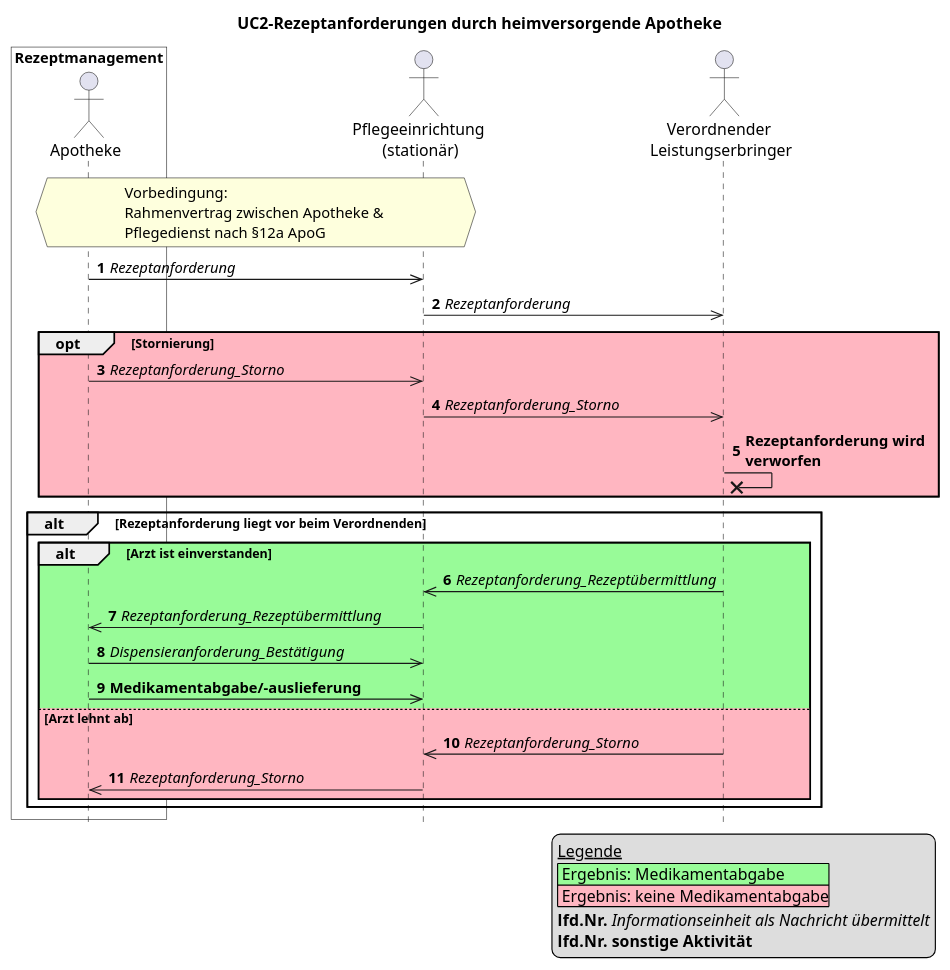
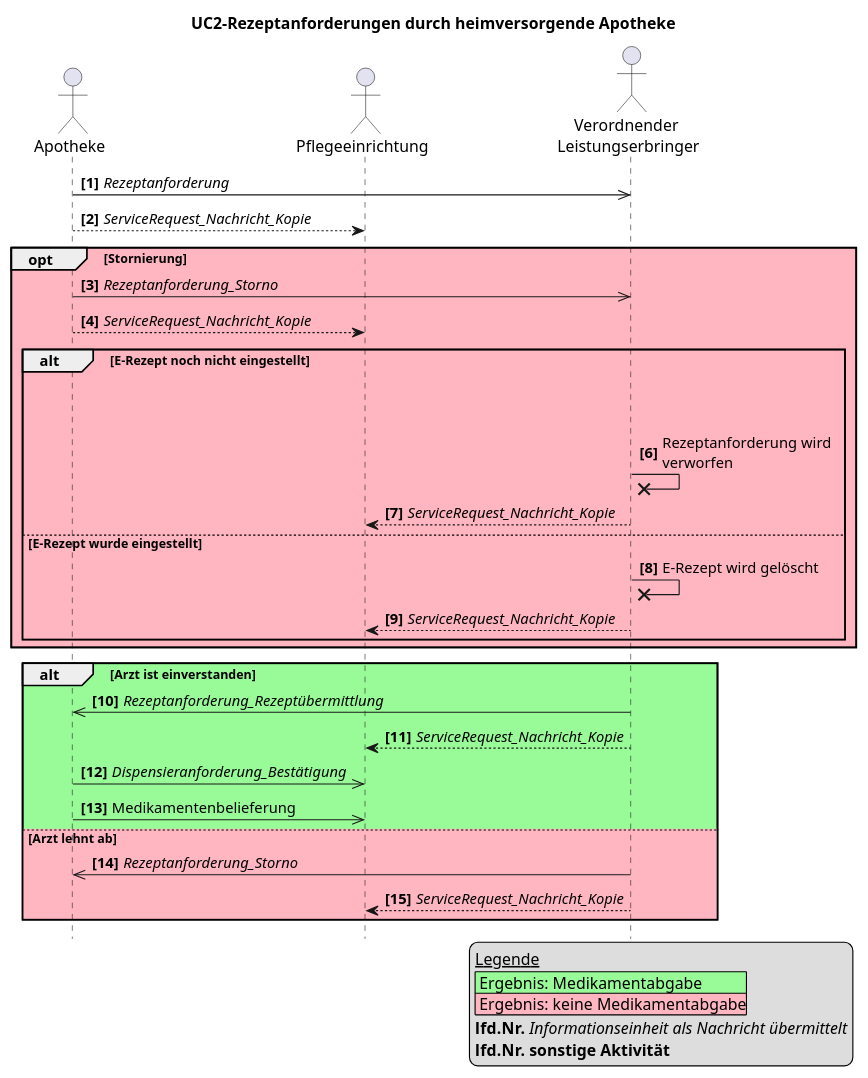
The diagram in Resources/puml/gemF_eRp_KIM/UC2-rezeptanforderung-apotheke.puml (gematik/spec-E-Rezept-ServiceRequest), drawn with PlantUML before and after one commit.

Commit message:
set uc 3 puml

```diff
--- a/Resources/puml/gemF_eRp_KIM/UC2-rezeptanforderung-apotheke.puml
+++ b/Resources/puml/gemF_eRp_KIM/UC2-rezeptanforderung-apotheke.puml
@@ -1,53 +1,51 @@
 @startuml name = "UC2-Rezeptanforderung-Apotheke"
 
 
 skinparam maxMessageSize 200
 
-box "Rezeptmanagement" #White
-    actor Apotheke
-end box
-actor "Pflegeeinrichtung \n(stationär)" as Pflegeeinrichtung
+actor Apotheke
+actor "Pflegeeinrichtung" as Pflegeeinrichtung
 actor "Verordnender \nLeistungserbringer" as Arztpraxis
 
 title UC2-Rezeptanforderungen durch heimversorgende Apotheke
 hide footbox
-autonumber
+autonumber "<b>[0]"
 
 legend bottom right
     __Legende__
     |<#PaleGreen> Ergebnis: Medikamentabgabe|
     |<#LightPink> Ergebnis: keine Medikamentabgabe|
     **lfd.Nr.** //Informationseinheit als Nachricht übermittelt//
     **lfd.Nr.** **sonstige Aktivität**
 endlegend
 
-hnote over Apotheke, Pflegeeinrichtung
-    Vorbedingung:
-    Rahmenvertrag zwischen Apotheke & 
-    Pflegedienst nach §12a ApoG
-end hnote
-
-Apotheke ->> Pflegeeinrichtung: //Rezeptanforderung//
-Pflegeeinrichtung ->> Arztpraxis: //Rezeptanforderung//
+Apotheke ->> Arztpraxis: //Rezeptanforderung//
+Apotheke --> Pflegeeinrichtung: //ServiceRequest_Nachricht_Kopie//
 
 opt #LightPink Stornierung
-    Apotheke ->> Pflegeeinrichtung: //Rezeptanforderung_Storno//
-    Pflegeeinrichtung ->> Arztpraxis: //Rezeptanforderung_Storno//
-
-    Arztpraxis ->x Arztpraxis: **Rezeptanforderung wird verworfen**
-end
-
-alt Rezeptanforderung liegt vor beim Verordnenden
-    alt #PaleGreen Arzt ist einverstanden 
-        Arztpraxis ->> Pflegeeinrichtung: //Rezeptanforderung_Rezeptübermittlung//
-        Pflegeeinrichtung ->> Apotheke: //Rezeptanforderung_Rezeptübermittlung//
-        Apotheke ->> Pflegeeinrichtung: //Dispensieranforderung_Bestätigung//
-        Apotheke ->> Pflegeeinrichtung: **Medikamentabgabe/-auslieferung**
-
-    else #LightPink Arzt lehnt ab
-        Arztpraxis ->> Pflegeeinrichtung: //Rezeptanforderung_Storno//
-        Pflegeeinrichtung ->> Apotheke: //Rezeptanforderung_Storno//
+    Apotheke ->> Arztpraxis: //Rezeptanforderung_Storno//
+    Apotheke --> Pflegeeinrichtung: //ServiceRequest_Nachricht_Kopie//
+    alt #LightPink E-Rezept noch nicht eingestellt
+    Apotheke -[hidden]-> Arztpraxis: Rezeptanforderung wird verworfen
+        Arztpraxis ->x Arztpraxis: Rezeptanforderung wird verworfen
+        Arztpraxis --> Pflegeeinrichtung: //ServiceRequest_Nachricht_Kopie//
+    else #LightPink E-Rezept wurde eingestellt
+        Arztpraxis ->x Arztpraxis: E-Rezept wird gelöscht
+        Arztpraxis --> Pflegeeinrichtung: //ServiceRequest_Nachricht_Kopie//
     end
 end
 
+
+alt #PaleGreen Arzt ist einverstanden 
+    Arztpraxis ->> Apotheke: //Rezeptanforderung_Rezeptübermittlung//
+    Arztpraxis --> Pflegeeinrichtung: //ServiceRequest_Nachricht_Kopie//
+    Apotheke ->> Pflegeeinrichtung: //Dispensieranforderung_Bestätigung//
+    Apotheke ->> Pflegeeinrichtung: Medikamentenbelieferung
+
+else #LightPink Arzt lehnt ab
+    Arztpraxis ->> Apotheke: //Rezeptanforderung_Storno//
+    Arztpraxis --> Pflegeeinrichtung: //ServiceRequest_Nachricht_Kopie//
+end
+
+
 @enduml
```
